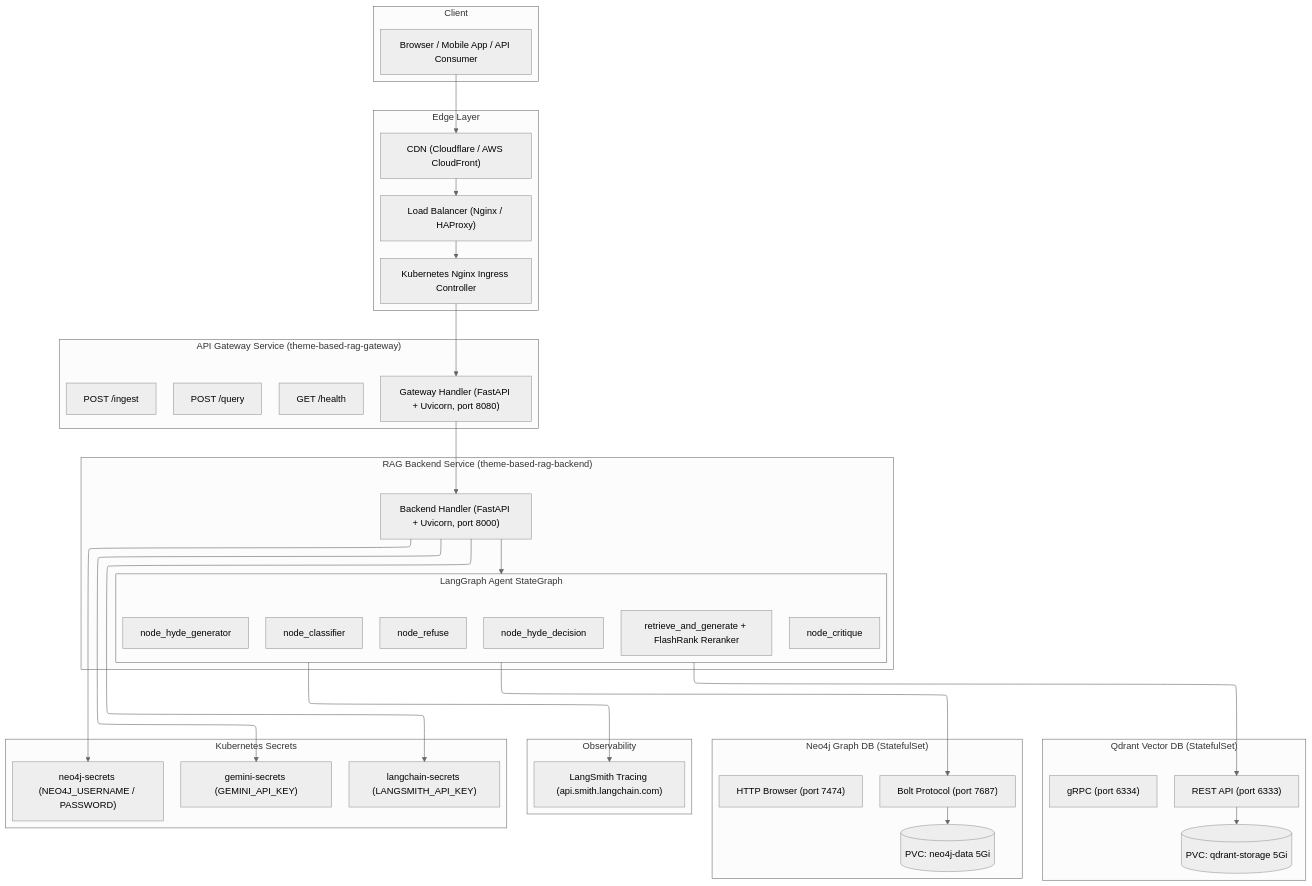
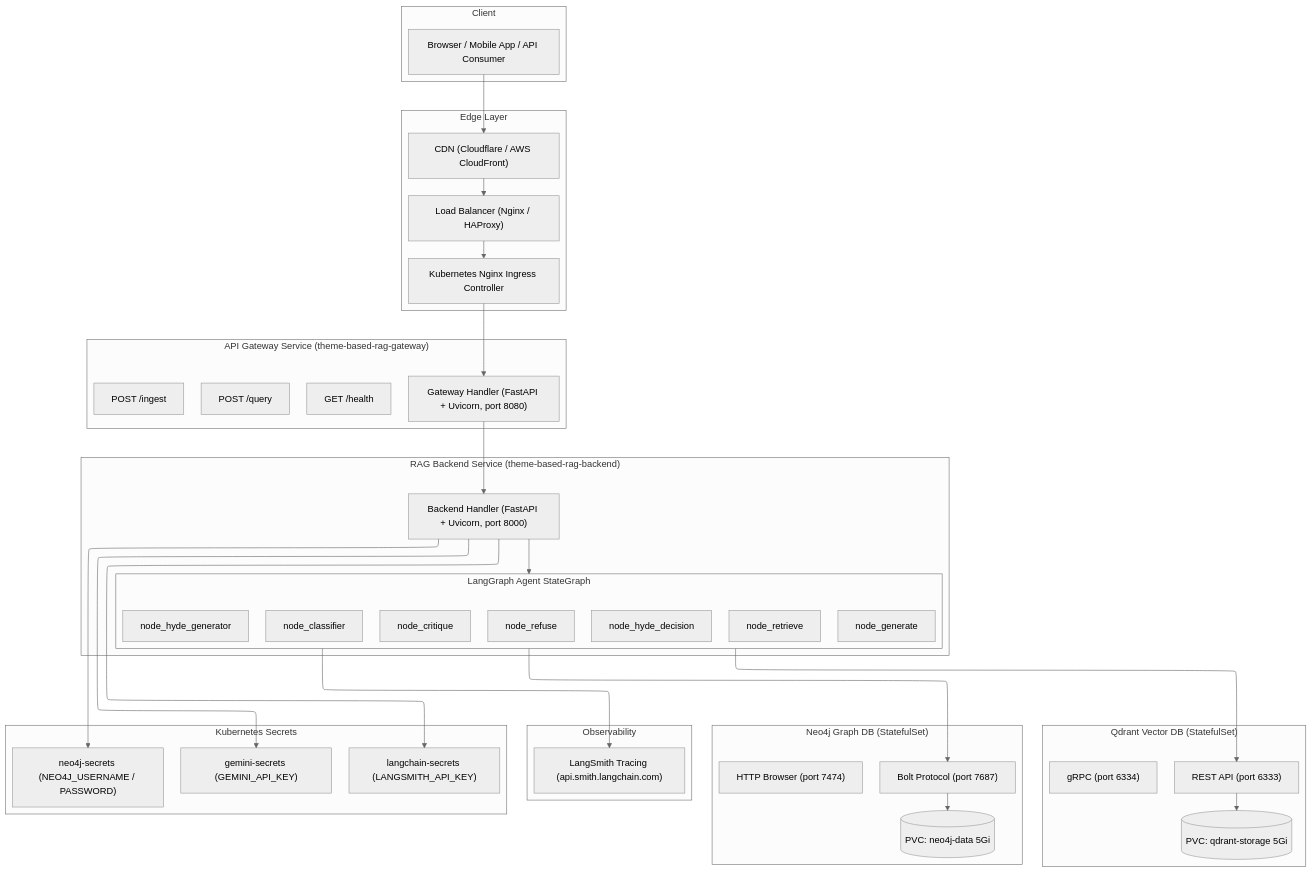
The third of 4 diagrams in README.md (boycececil666gmailcom/Enterprise-RAG-Engine), drawn with Mermaid before and after one commit. The commit also changed other lines of this file and 7 other files, not shown here.

Commit message:
feat: implement LangGraph agent flow with retrieval, generation, and HyDE nodes, and document Docker Compose infrastructure.

````diff
--- a/README.md
+++ b/README.md
@@ -103,77 +103,78 @@
 ```mermaid
 ---
 config:
   layout: elk
   theme: neutral
 ---
 flowchart TB
 
     subgraph Client["Client"]
         User["Browser / Mobile App / API Consumer"]
     end
 
     subgraph Edge["Edge Layer"]
         CDN["CDN (Cloudflare / AWS CloudFront)"]
         LB["Load Balancer (Nginx / HAProxy)"]
         Ingress["Kubernetes Nginx Ingress Controller"]
     end
 
     subgraph GatewaySvc["API Gateway Service (theme-based-rag-gateway)"]
         GW["Gateway Handler (FastAPI + Uvicorn, port 8080)"]
         GWQuery["POST /query"]
         GWIngest["POST /ingest"]
         GWHealth["GET /health"]
     end
 
     subgraph BackendSvc["RAG Backend Service (theme-based-rag-backend)"]
         BE["Backend Handler (FastAPI + Uvicorn, port 8000)"]
         subgraph AgentGraph["LangGraph Agent StateGraph"]
             Classifier["node_classifier"]
             HyDEDecision["node_hyde_decision"]
             HyDEGen["node_hyde_generator"]
-            RAGQA["retrieve_and_generate + FlashRank Reranker"]
+            Retrieve["node_retrieve"]
+            Generate["node_generate"]
             Critique["node_critique"]
             Refuse["node_refuse"]
         end
     end
 
     subgraph VectorStore["Qdrant Vector DB (StatefulSet)"]
         QdrantAPI["REST API (port 6333)"]
         QdrantGRPC["gRPC (port 6334)"]
         QdrantPVC[("PVC: qdrant-storage 5Gi")]
     end
 
     subgraph GraphStore["Neo4j Graph DB (StatefulSet)"]
         Neo4jBolt["Bolt Protocol (port 7687)"]
         Neo4jHTTP["HTTP Browser (port 7474)"]
         Neo4jPVC[("PVC: neo4j-data 5Gi")]
     end
 
     subgraph Observability["Observability"]
         LangSmith["LangSmith Tracing (api.smith.langchain.com)"]
     end
 
     subgraph SecretsLayer["Kubernetes Secrets"]
         GeminiSec["gemini-secrets (GEMINI_API_KEY)"]
         LangchainSec["langchain-secrets (LANGSMITH_API_KEY)"]
         Neo4jSec["neo4j-secrets (NEO4J_USERNAME / PASSWORD)"]
     end
 
     User --> CDN
     CDN --> LB
     LB --> Ingress
     Ingress --> GW
 
     GW --> BE
     BE --> AgentGraph
     AgentGraph --> QdrantAPI
     AgentGraph --> Neo4jBolt
     AgentGraph --> LangSmith
 
     QdrantAPI --> QdrantPVC
     Neo4jBolt --> Neo4jPVC
 
     BE --> GeminiSec
     BE --> LangchainSec
     BE --> Neo4jSec
 ```
````
